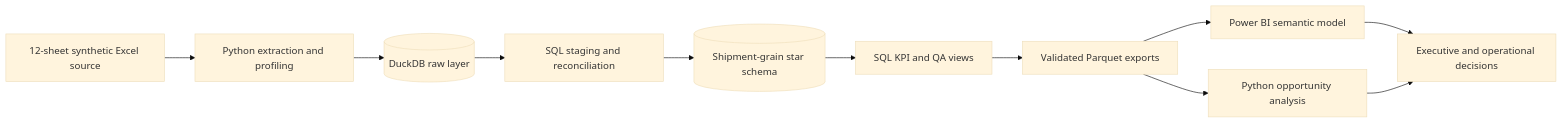
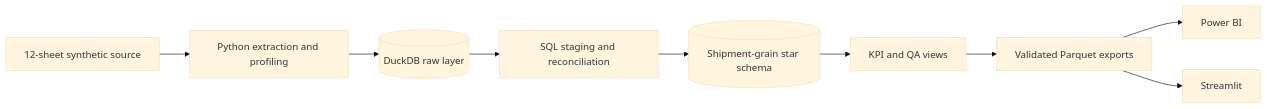
Before and after one commit to Akshith597/logistics-control-tower: the diagram in README.md, drawn with Mermaid (base theme). The commit also changed other lines of this file and 16 other files, not shown here.

````diff
--- a/README.md
+++ b/README.md
@@ -87,13 +58,11 @@
 ```mermaid
 flowchart LR
-    A[12-sheet synthetic Excel source] --> B[Python extraction and profiling]
+    A[12-sheet synthetic source] --> B[Python extraction and profiling]
     B --> C[(DuckDB raw layer)]
     C --> D[SQL staging and reconciliation]
     D --> E[(Shipment-grain star schema)]
-    E --> F[SQL KPI and QA views]
+    E --> F[KPI and QA views]
     F --> G[Validated Parquet exports]
-    G --> H[Power BI semantic model]
-    G --> I[Python opportunity analysis]
-    H --> J[Executive and operational decisions]
-    I --> J
+    G --> H[Power BI]
+    G --> I[Streamlit]
 ```
````
